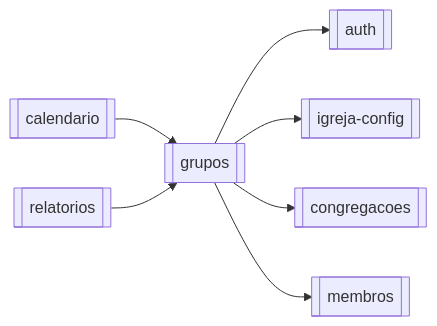
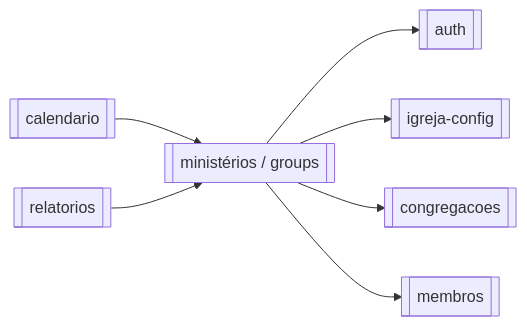
Before and after one commit to vinic-asouza/flock: the sixth of 6 diagrams in docs/04_modulos/grupos.md, drawn with Mermaid. The commit also changed other lines of this file and 65 other files, not shown here.

First line of the commit message:
feat(ministries): substituir Grupos por Ministérios (DEV-115) (#49)

````diff
--- a/docs/04_modulos/grupos.md
+++ b/docs/04_modulos/grupos.md
@@ -467,10 +480,10 @@
 ```mermaid
 graph LR
-  GRP[[grupos]]
+  GRP[[ministérios / groups]]
   GRP --> AUTH[[auth]]
   GRP --> CFG[[igreja-config]]
   GRP --> CON[[congregacoes]]
   GRP --> MEM[[membros]]
   CAL[[calendario]] --> GRP
   REL[[relatorios]] --> GRP
 ```
````
